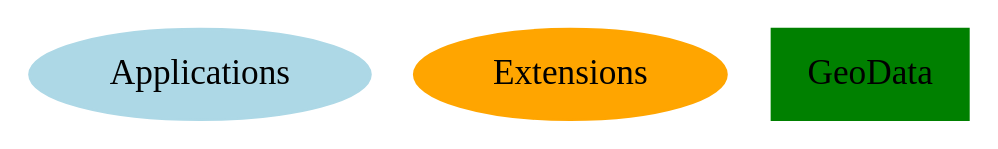
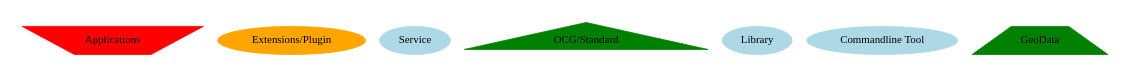
Before and after one commit to bartholomaeuz/foss4g-graph: the diagram in f4g_symbol.gv, drawn with Graphviz. The commit also changed 3 other files, not shown here.

```diff
--- a/f4g_symbol.gv
+++ b/f4g_symbol.gv
@@ -1,9 +1,13 @@
 /* foss4g graph - Markus Dornhofer */
 digraph foss4gSym {
 	size="6,6";
 	node [color=lightblue, style=filled];
 	
-"Applications" [color=lightblue];	
-"Extensions" [color=orange];
-"GeoData"  [color=green,  shape=box];
+"Applications" [shape=polygon,sides=4,distortion=0.7,color=red];	
+"Extensions/Plugin" [color=orange];
+"Service" [color=lightblue, style=filled];
+"OCG/Standard" [shape=triangle, color=green] ;
+"Library" [color=lightblue, style=filled];
+"Commandline Tool" [color=lightblue, style=filled]; 
+"GeoData" [shape=polygon,sides=4,distortion=-0.7,color=green];
 }
```
